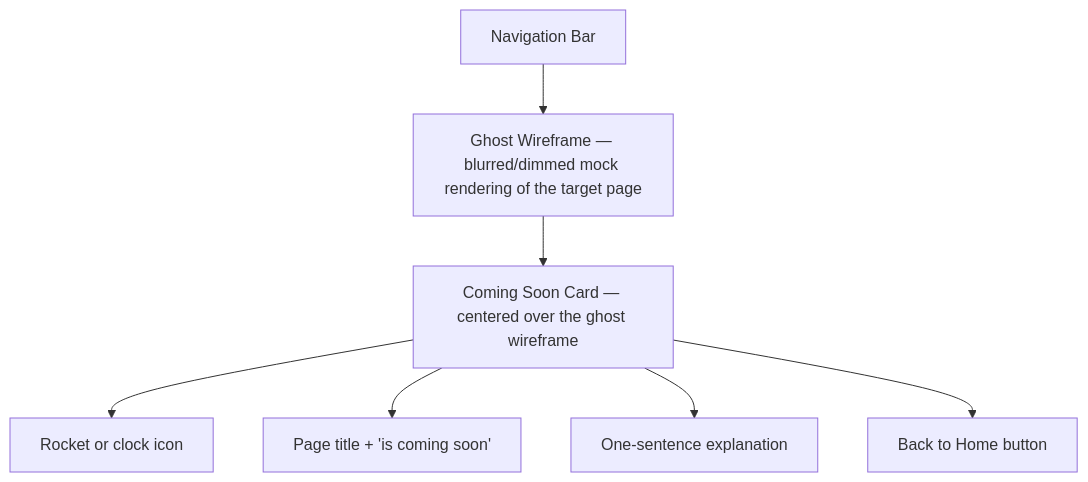
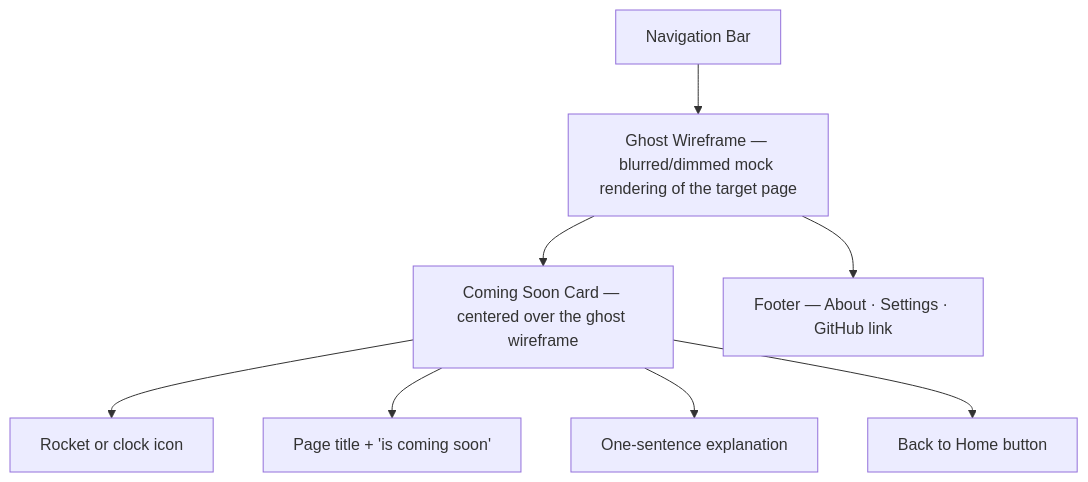
Before and after one commit to nsheaps/farish: the diagram in docs/pages/coming-soon/SPEC.md, drawn with Mermaid. The commit also changed other lines of this file and 30 other files, not shown here.

````diff
--- a/docs/pages/coming-soon/SPEC.md
+++ b/docs/pages/coming-soon/SPEC.md
@@ -39,12 +39,14 @@
 ```mermaid
 flowchart TB
     Nav[Navigation Bar]
     Ghost[Ghost Wireframe — blurred/dimmed mock rendering of the target page]
     Overlay[Coming Soon Card — centered over the ghost wireframe]
     Nav --> Ghost
     Ghost --> Overlay
     Overlay --> Icon[Rocket or clock icon]
     Overlay --> Headline[Page title + 'is coming soon']
     Overlay --> Note[One-sentence explanation]
     Overlay --> HomeButton[Back to Home button]
+    Footer[Footer — About · Settings · GitHub link]
+    Ghost --> Footer
 ```
````
